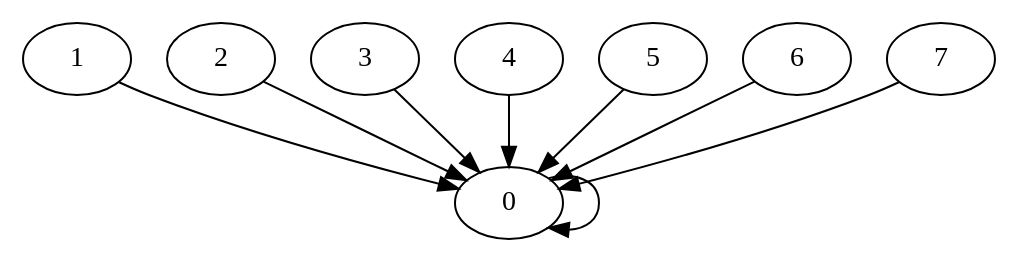
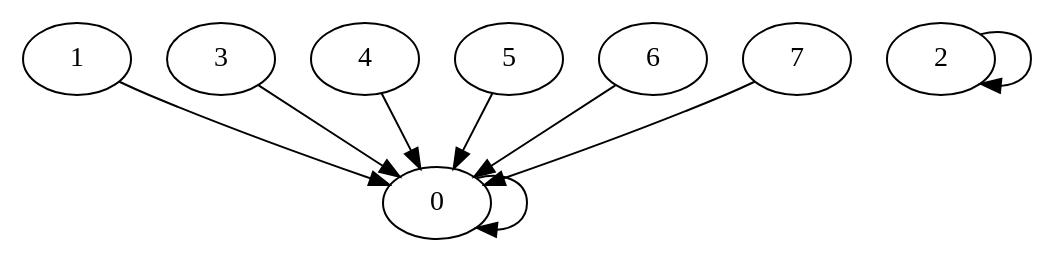
One commit to corentinckf/projetZ1 changed the diagram in partition/composantes_connexes.dot. Above: the diagram before and after it, drawn with Graphviz. The commit also changed 8 other files, not shown here.

```diff
--- a/partition/composantes_connexes.dot
+++ b/partition/composantes_connexes.dot
@@ -1,10 +1,10 @@
 digraph {
 	0 -> 0
 	1 -> 0
-	2 -> 0
+	2 -> 2
 	3 -> 0
 	4 -> 0
 	5 -> 0
 	6 -> 0
 	7 -> 0
 }
```
